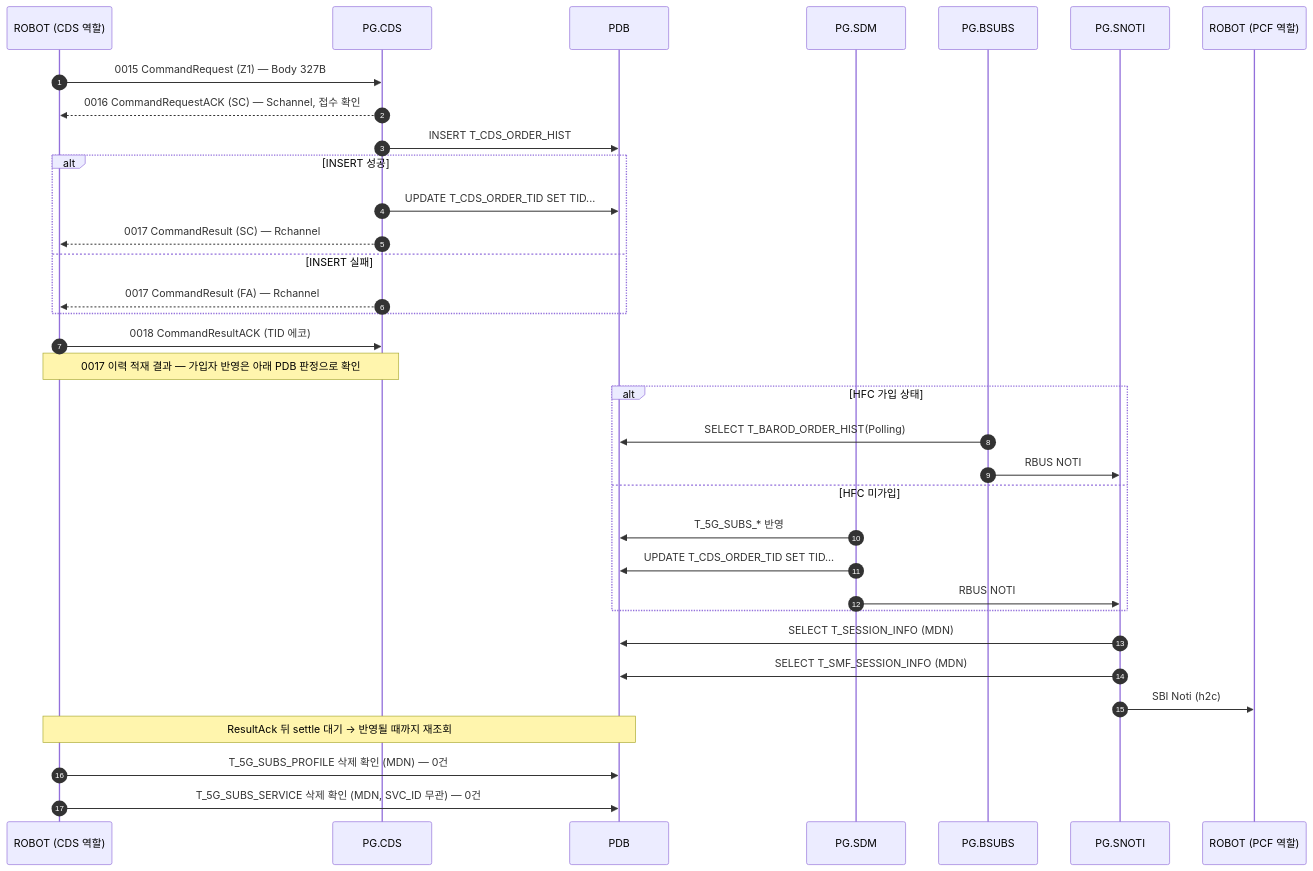
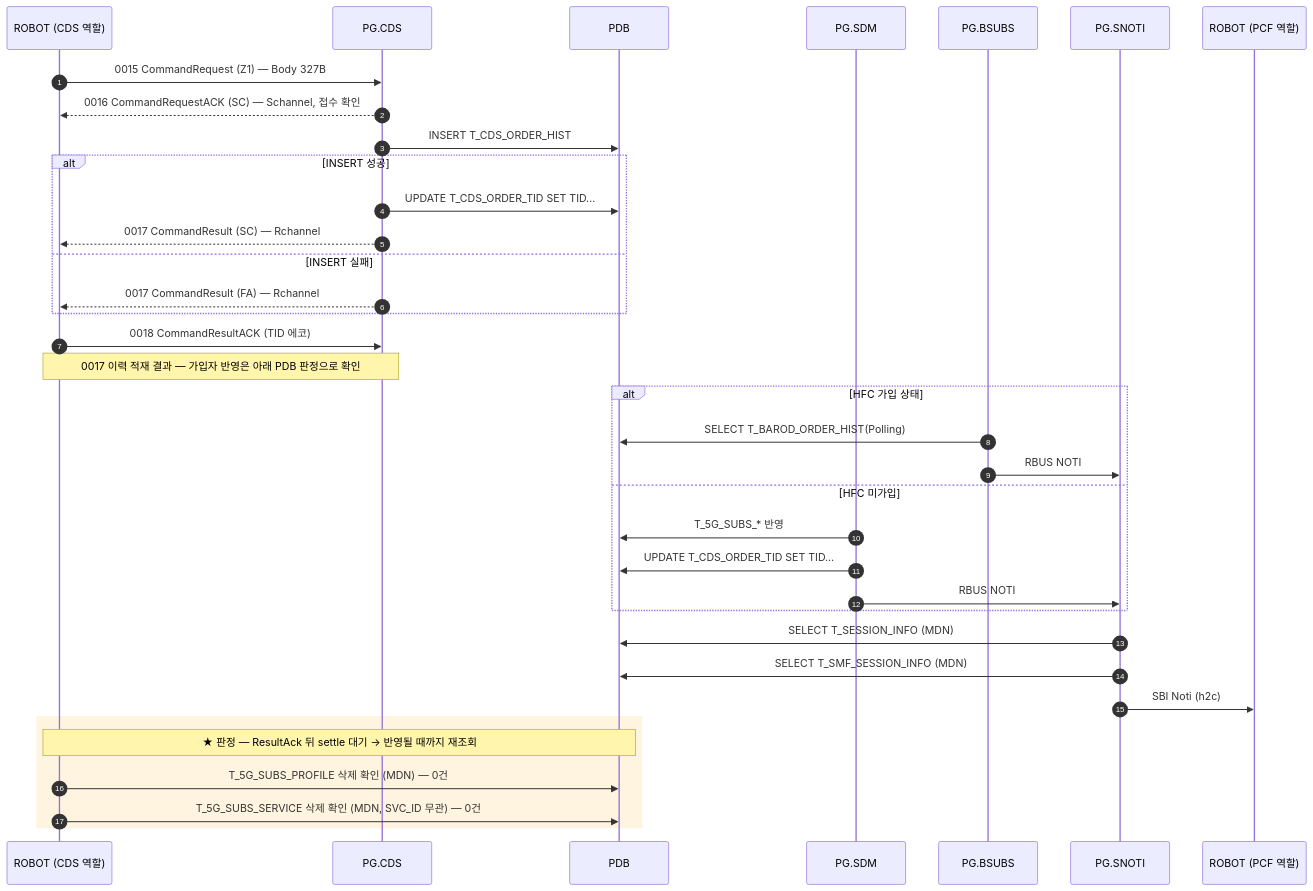
One commit to IanKim2030/tc4robot changed the diagram in docs/callflow/CDS_Z1.md. Above: the diagram before and after it, drawn with Mermaid. The commit also changed 19 other files, not shown here.

````diff
--- a/docs/callflow/CDS_Z1.md
+++ b/docs/callflow/CDS_Z1.md
@@ -17,38 +17,40 @@
 ```mermaid
 sequenceDiagram
     autonumber
     participant TOOL as ROBOT (CDS 역할)
     participant PCDS as PG.CDS
     participant PDB as PDB
     participant SDM as PG.SDM
     participant BSUBS as PG.BSUBS
     participant SNOTI as PG.SNOTI
     participant PCF as ROBOT (PCF 역할)
 
     TOOL->>PCDS: 0015 CommandRequest (Z1) — Body 327B
     PCDS-->>TOOL: 0016 CommandRequestACK (SC) — Schannel, 접수 확인
     PCDS->>PDB: INSERT T_CDS_ORDER_HIST
     alt INSERT 성공
         PCDS->>PDB: UPDATE T_CDS_ORDER_TID SET TID...
         PCDS-->>TOOL: 0017 CommandResult (SC) — Rchannel
     else INSERT 실패
         PCDS-->>TOOL: 0017 CommandResult (FA) — Rchannel
     end
     TOOL->>PCDS: 0018 CommandResultACK (TID 에코)
     Note over TOOL,PCDS: 0017 이력 적재 결과 — 가입자 반영은 아래 PDB 판정으로 확인
 
     alt HFC 가입 상태
         BSUBS->>PDB: SELECT T_BAROD_ORDER_HIST(Polling)
         BSUBS->>SNOTI: RBUS NOTI
     else HFC 미가입
         SDM->>PDB: T_5G_SUBS_* 반영
         SDM->>PDB: UPDATE T_CDS_ORDER_TID SET TID...
         SDM->>SNOTI: RBUS NOTI
     end
     SNOTI->>PDB: SELECT T_SESSION_INFO (MDN)
     SNOTI->>PDB: SELECT T_SMF_SESSION_INFO (MDN)
     SNOTI->>PCF: SBI Noti (h2c)
-    Note over TOOL,PDB: ResultAck 뒤 settle 대기 → 반영될 때까지 재조회
-    TOOL->>PDB: T_5G_SUBS_PROFILE 삭제 확인 (MDN) — 0건
-    TOOL->>PDB: T_5G_SUBS_SERVICE 삭제 확인 (MDN, SVC_ID 무관) — 0건
+    rect rgba(255, 176, 32, 0.14)
+    Note over TOOL,PDB: ★ 판정 — ResultAck 뒤 settle 대기 → 반영될 때까지 재조회
+        TOOL->>PDB: T_5G_SUBS_PROFILE 삭제 확인 (MDN) — 0건
+        TOOL->>PDB: T_5G_SUBS_SERVICE 삭제 확인 (MDN, SVC_ID 무관) — 0건
+    end
 ```
````
